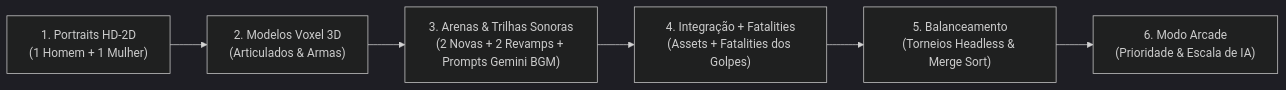
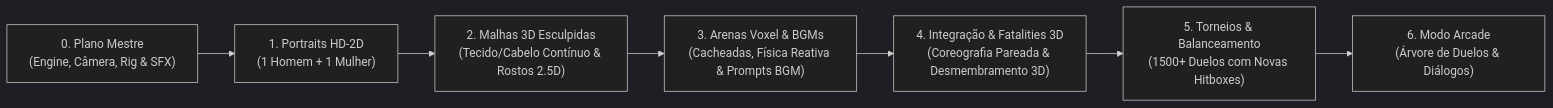
The second of 4 diagrams in docs/EXPANSION_ROADMAP_AND_DESIGN.md (colletes/samurai-edge-demake), drawn with Mermaid (dark theme) before and after one commit. The commit also changed other lines of this file and 171 other files, not shown here.

First line of the commit message:
feat: complete 18-fighter 3D anime roster modernization, Cycle 3 fighters/arenas, and authentic Foley SFX overhaul

````diff
--- a/docs/EXPANSION_ROADMAP_AND_DESIGN.md
+++ b/docs/EXPANSION_ROADMAP_AND_DESIGN.md
@@ -35,8 +158,9 @@
 ```mermaid
 flowchart LR
-    Step1["1. Portraits HD-2D<br>(1 Homem + 1 Mulher)"] --> Step2["2. Modelos Voxel 3D<br>(Articulados & Armas)"]
-    Step2 --> Step3["3. Arenas & Trilhas Sonoras<br>(2 Novas + 2 Revamps + Prompts Gemini BGM)"]
-    Step3 --> Step4["4. Integração + Fatalities<br>(Assets + Fatalities dos Golpes)"]
-    Step4 --> Step5["5. Balanceamento<br>(Torneios Headless & Merge Sort)"]
-    Step5 --> Step6["6. Modo Arcade<br>(Prioridade & Escala de IA)"]
+    Step0["0. Plano Mestre<br>(Engine, Câmera, Rig & SFX)"] --> Step1["1. Portraits HD-2D<br>(1 Homem + 1 Mulher)"]
+    Step1 --> Step2["2. Malhas 3D Esculpidas<br>(Tecido/Cabelo Contínuo & Rostos 2.5D)"]
+    Step2 --> Step3["3. Arenas Voxel & BGMs<br>(Cacheadas, Física Reativa & Prompts BGM)"]
+    Step3 --> Step4["4. Integração & Fatalities 3D<br>(Coreografia Pareada & Desmembramento 3D)"]
+    Step4 --> Step5["5. Torneios & Balanceamento<br>(1500+ Duelos com Novas Hitboxes)"]
+    Step5 --> Step6["6. Modo Arcade<br>(Árvore de Duelos & Diálogos)"]
 ```
````
